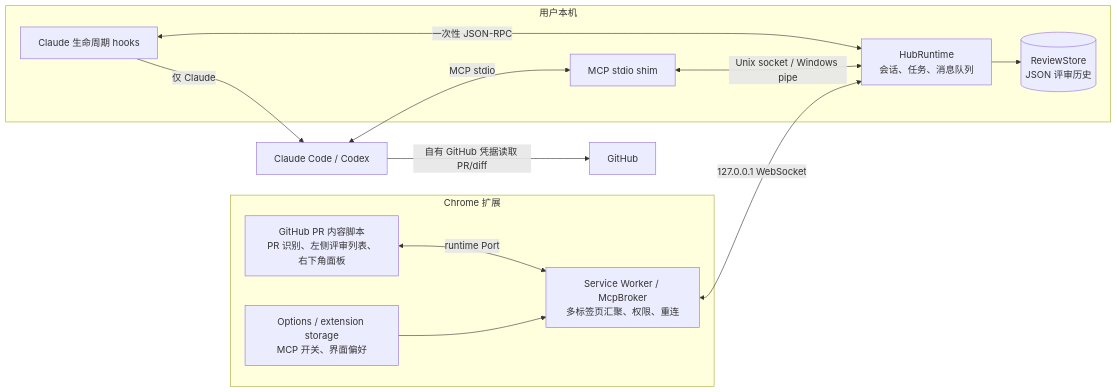
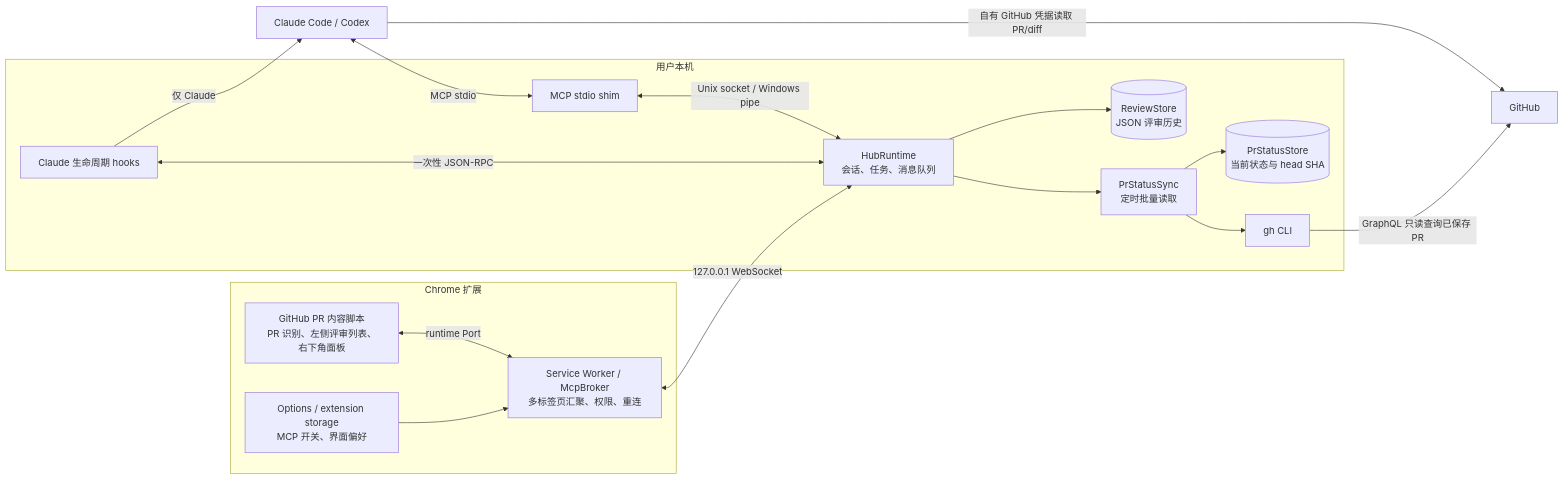
One commit to ZenUml/conf-app changed the first of 3 diagrams in packages/pr-agent-panel/ARCHITECTURE.zh-CN.md. Above: the diagram before and after it, drawn with Mermaid. The commit also changed other lines of this file and 1 other file, not shown here.

Commit message:
docs(pr-agent-panel): explain status sync readiness and pagination

````diff
--- a/packages/pr-agent-panel/ARCHITECTURE.zh-CN.md
+++ b/packages/pr-agent-panel/ARCHITECTURE.zh-CN.md
@@ -7,25 +7,32 @@
 ```mermaid
 flowchart LR
   subgraph Chrome["Chrome 扩展"]
     Page["GitHub PR 内容脚本<br/>PR 识别、左侧评审列表、右下角面板"]
     Broker["Service Worker / McpBroker<br/>多标签页汇聚、权限、重连"]
     Prefs["Options / extension storage<br/>MCP 开关、界面偏好"]
     Page <-->|"runtime Port"| Broker
     Prefs --> Broker
   end
 
   subgraph Local["用户本机"]
     Hub["HubRuntime<br/>会话、任务、消息队列"]
     Store[("ReviewStore<br/>JSON 评审历史")]
+    Sync["PrStatusSync<br/>定时批量读取"]
+    Current[("PrStatusStore<br/>当前状态与 head SHA")]
+    Gh["gh CLI"]
     Shim["MCP stdio shim"]
     Hooks["Claude 生命周期 hooks"]
     Hub --> Store
+    Hub --> Sync
+    Sync --> Current
+    Sync --> Gh
     Shim <-->|"Unix socket / Windows pipe"| Hub
     Hooks <-->|"一次性 JSON-RPC"| Hub
   end
 
   Broker <-->|"127.0.0.1 WebSocket"| Hub
   Agent["Claude Code / Codex"] <-->|"MCP stdio"| Shim
   Agent -->|"自有 GitHub 凭据读取 PR/diff"| GitHub["GitHub"]
+  Gh -->|"GraphQL 只读查询已保存 PR"| GitHub
   Hooks -->|"仅 Claude"| Agent
 ```
````
